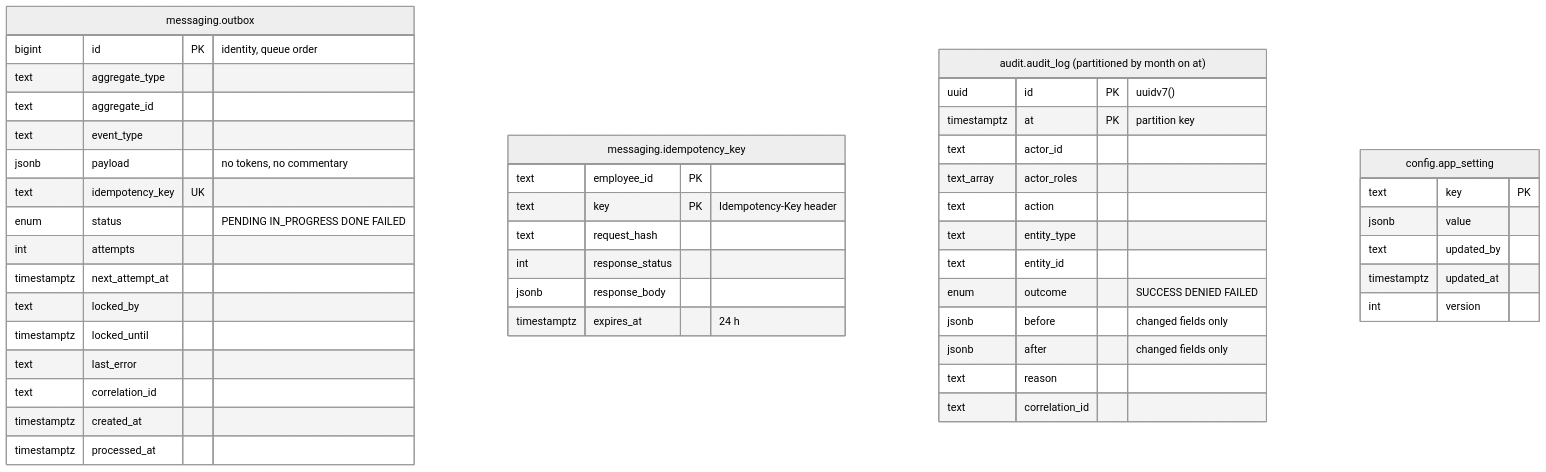
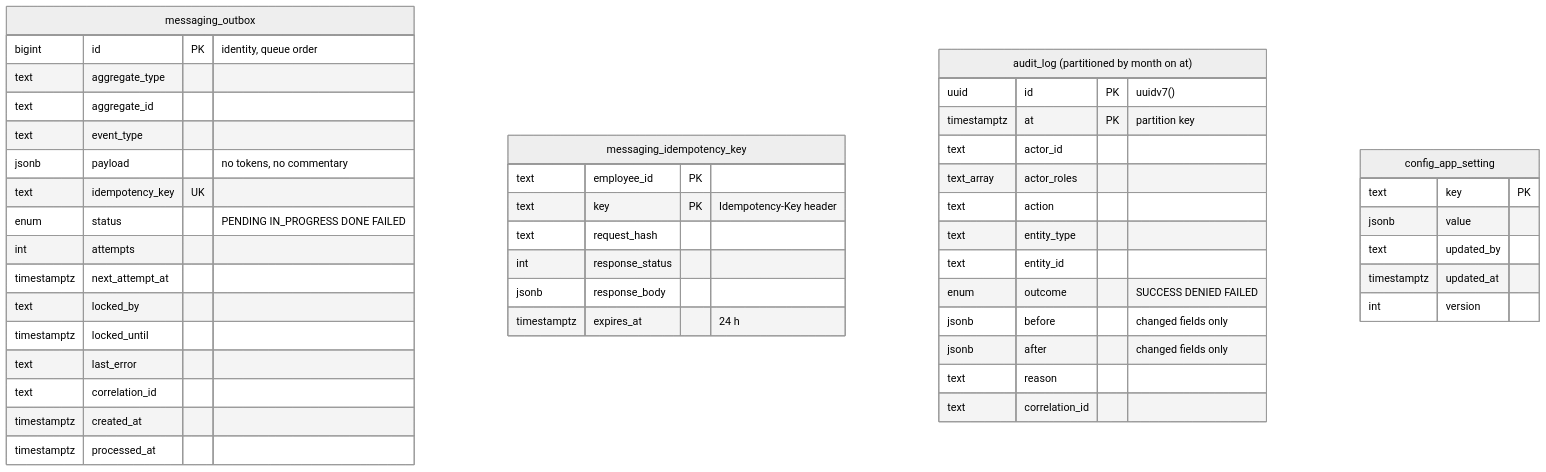
Before and after one commit to BechtelCanDoIt/marketing-tools: the tenth of 10 diagrams in apps/amplify/amplify-database/README.md, drawn with Mermaid (neutral theme). The commit also changed other lines of this file and 170 other files, not shown here.

````diff
--- a/apps/amplify/amplify-database/README.md
+++ b/apps/amplify/amplify-database/README.md
@@ -674,49 +674,49 @@
 ```mermaid
 erDiagram
-    OUTBOX["messaging.outbox"] {
+    OUTBOX["messaging_outbox"] {
         bigint id PK "identity, queue order"
         text aggregate_type
         text aggregate_id
         text event_type
         jsonb payload "no tokens, no commentary"
         text idempotency_key UK
         enum status "PENDING IN_PROGRESS DONE FAILED"
         int attempts
         timestamptz next_attempt_at
         text locked_by
         timestamptz locked_until
         text last_error
         text correlation_id
         timestamptz created_at
         timestamptz processed_at
     }
-    IDEMPOTENCY_KEY["messaging.idempotency_key"] {
+    IDEMPOTENCY_KEY["messaging_idempotency_key"] {
         text employee_id PK
         text key PK "Idempotency-Key header"
         text request_hash
         int response_status
         jsonb response_body
         timestamptz expires_at "24 h"
     }
-    AUDIT_LOG["audit.audit_log (partitioned by month on at)"] {
+    AUDIT_LOG["audit_log (partitioned by month on at)"] {
         uuid id PK "uuidv7()"
         timestamptz at PK "partition key"
         text actor_id
         text_array actor_roles
         text action
         text entity_type
         text entity_id
         enum outcome "SUCCESS DENIED FAILED"
         jsonb before "changed fields only"
         jsonb after "changed fields only"
         text reason
         text correlation_id
     }
-    APP_SETTING["config.app_setting"] {
+    APP_SETTING["config_app_setting"] {
         text key PK
         jsonb value
         text updated_by
         timestamptz updated_at
         int version
     }
 ```
````
